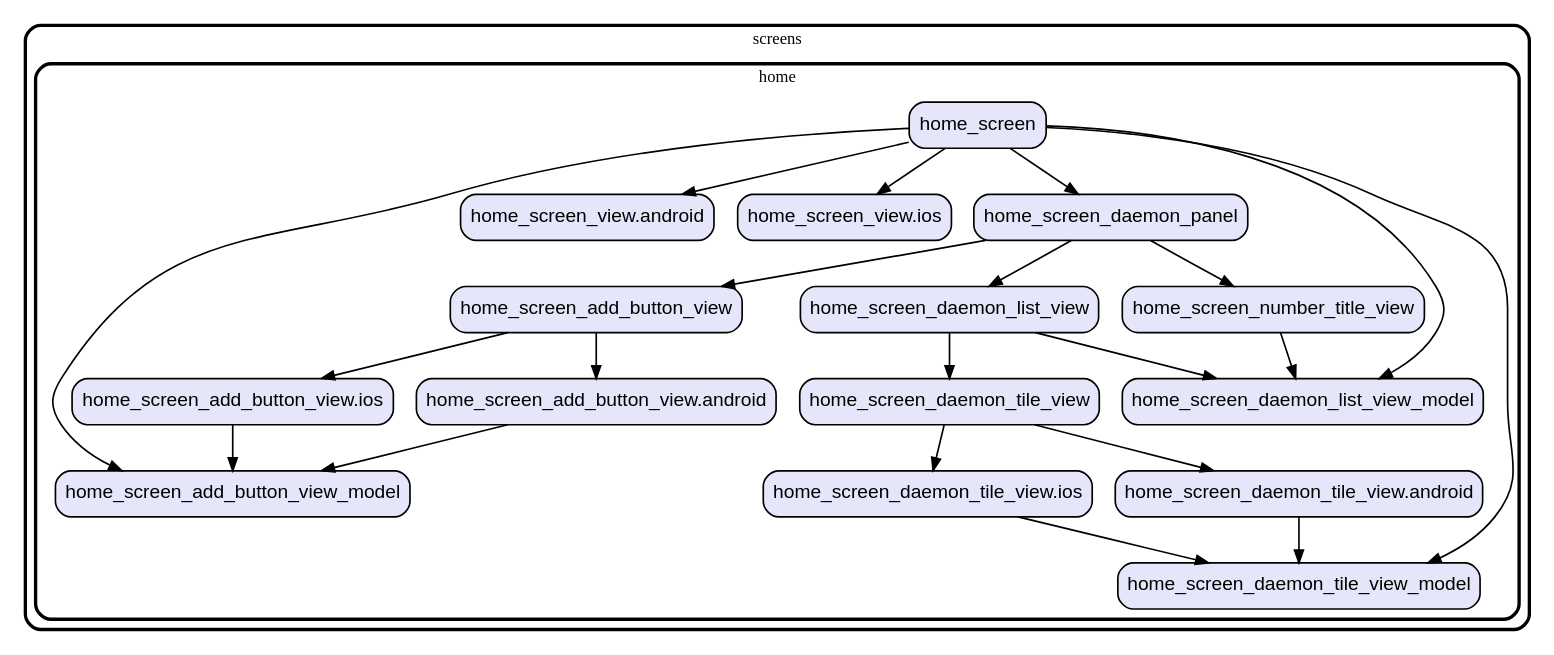
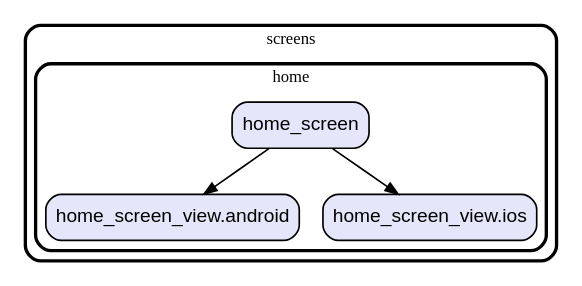
One commit to gev/reacthome-mobile changed the diagram in graph/lib/ui/screens.dot. Above: the diagram before and after it, drawn with Graphviz. The commit also changed 8 other files, not shown here.

Commit message:
update the dependencies graph

```diff
--- a/graph/lib/ui/screens.dot
+++ b/graph/lib/ui/screens.dot
@@ -1,61 +1,19 @@
 digraph "" {
   graph [style=rounded fontname="Arial Black" fontsize=13 penwidth=2.6];
   node [shape=rect style="filled,rounded" fontname=Arial fontsize=15 fillcolor=Lavender penwidth=1.3];
   edge [penwidth=1.3];
-  "/home/home_screen_daemon_tile_view.ios.dart" [label="home_screen_daemon_tile_view.ios"];
-  "/home/home_screen_number_title_view.dart" [label="home_screen_number_title_view"];
-  "/home/home_screen_add_button_view.dart" [label="home_screen_add_button_view"];
-  "/home/home_screen_add_button_view_model.dart" [label="home_screen_add_button_view_model"];
-  "/home/home_screen_add_button_view.android.dart" [label="home_screen_add_button_view.android"];
   "/home/home_screen_view.android.dart" [label="home_screen_view.android"];
   "/home/home_screen_view.ios.dart" [label="home_screen_view.ios"];
-  "/home/home_screen_daemon_tile_view_model.dart" [label="home_screen_daemon_tile_view_model"];
-  "/home/home_screen_daemon_panel.dart" [label="home_screen_daemon_panel"];
-  "/home/home_screen_daemon_list_view_model.dart" [label="home_screen_daemon_list_view_model"];
-  "/home/home_screen_daemon_tile_view.android.dart" [label="home_screen_daemon_tile_view.android"];
-  "/home/home_screen_daemon_list_view.dart" [label="home_screen_daemon_list_view"];
   "/home/home_screen.dart" [label="home_screen"];
-  "/home/home_screen_add_button_view.ios.dart" [label="home_screen_add_button_view.ios"];
-  "/home/home_screen_daemon_tile_view.dart" [label="home_screen_daemon_tile_view"];
   subgraph "cluster~" {
     label="screens";
     subgraph "cluster~/home" {
       label="home";
-      "/home/home_screen_daemon_tile_view.ios.dart";
-      "/home/home_screen_number_title_view.dart";
-      "/home/home_screen_add_button_view.dart";
-      "/home/home_screen_add_button_view_model.dart";
-      "/home/home_screen_add_button_view.android.dart";
       "/home/home_screen_view.android.dart";
       "/home/home_screen_view.ios.dart";
-      "/home/home_screen_daemon_tile_view_model.dart";
-      "/home/home_screen_daemon_panel.dart";
-      "/home/home_screen_daemon_list_view_model.dart";
-      "/home/home_screen_daemon_tile_view.android.dart";
-      "/home/home_screen_daemon_list_view.dart";
       "/home/home_screen.dart";
-      "/home/home_screen_add_button_view.ios.dart";
-      "/home/home_screen_daemon_tile_view.dart";
     }
   }
-  "/home/home_screen_daemon_tile_view.ios.dart" -> "/home/home_screen_daemon_tile_view_model.dart";
-  "/home/home_screen_number_title_view.dart" -> "/home/home_screen_daemon_list_view_model.dart";
-  "/home/home_screen_add_button_view.dart" -> "/home/home_screen_add_button_view.android.dart";
-  "/home/home_screen_add_button_view.dart" -> "/home/home_screen_add_button_view.ios.dart";
-  "/home/home_screen_add_button_view.android.dart" -> "/home/home_screen_add_button_view_model.dart";
-  "/home/home_screen_daemon_panel.dart" -> "/home/home_screen_add_button_view.dart";
-  "/home/home_screen_daemon_panel.dart" -> "/home/home_screen_daemon_list_view.dart";
-  "/home/home_screen_daemon_panel.dart" -> "/home/home_screen_number_title_view.dart";
-  "/home/home_screen_daemon_tile_view.android.dart" -> "/home/home_screen_daemon_tile_view_model.dart";
-  "/home/home_screen_daemon_list_view.dart" -> "/home/home_screen_daemon_list_view_model.dart";
-  "/home/home_screen_daemon_list_view.dart" -> "/home/home_screen_daemon_tile_view.dart";
-  "/home/home_screen.dart" -> "/home/home_screen_add_button_view_model.dart";
-  "/home/home_screen.dart" -> "/home/home_screen_daemon_list_view_model.dart";
-  "/home/home_screen.dart" -> "/home/home_screen_daemon_panel.dart";
-  "/home/home_screen.dart" -> "/home/home_screen_daemon_tile_view_model.dart";
   "/home/home_screen.dart" -> "/home/home_screen_view.android.dart";
   "/home/home_screen.dart" -> "/home/home_screen_view.ios.dart";
-  "/home/home_screen_add_button_view.ios.dart" -> "/home/home_screen_add_button_view_model.dart";
-  "/home/home_screen_daemon_tile_view.dart" -> "/home/home_screen_daemon_tile_view.android.dart";
-  "/home/home_screen_daemon_tile_view.dart" -> "/home/home_screen_daemon_tile_view.ios.dart";
 }
```
